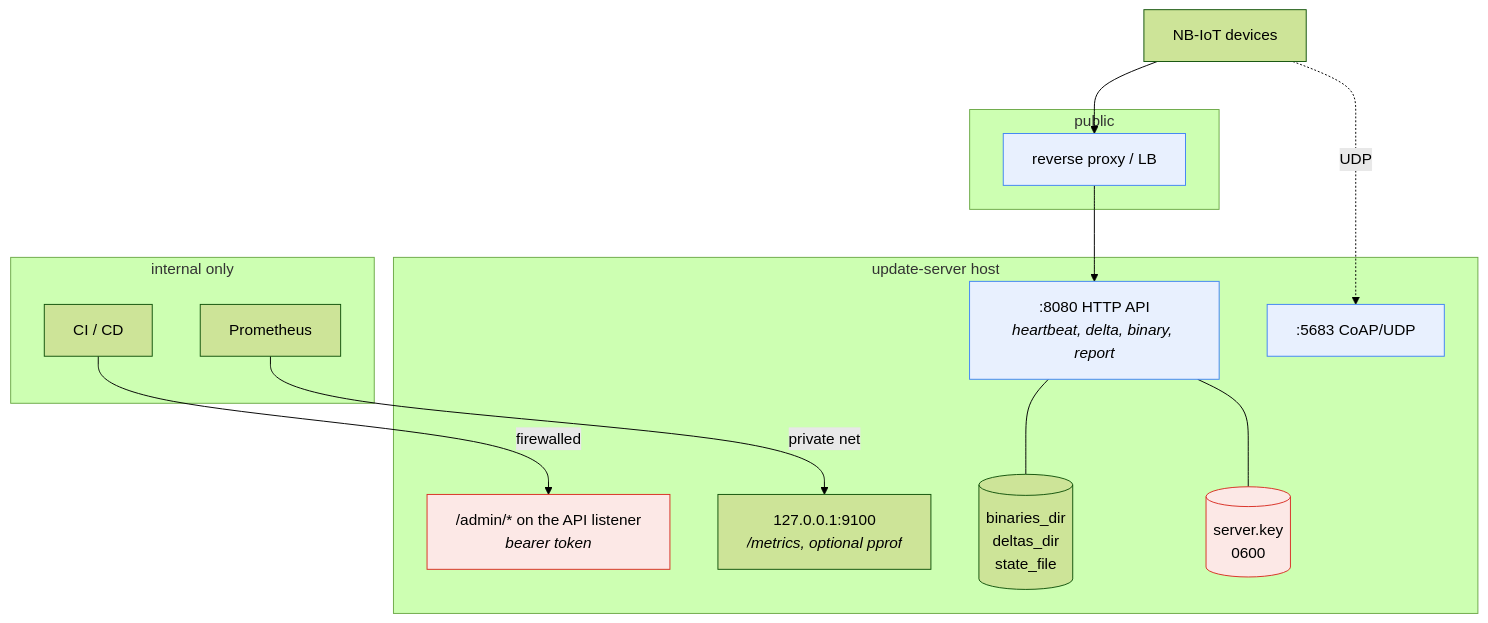
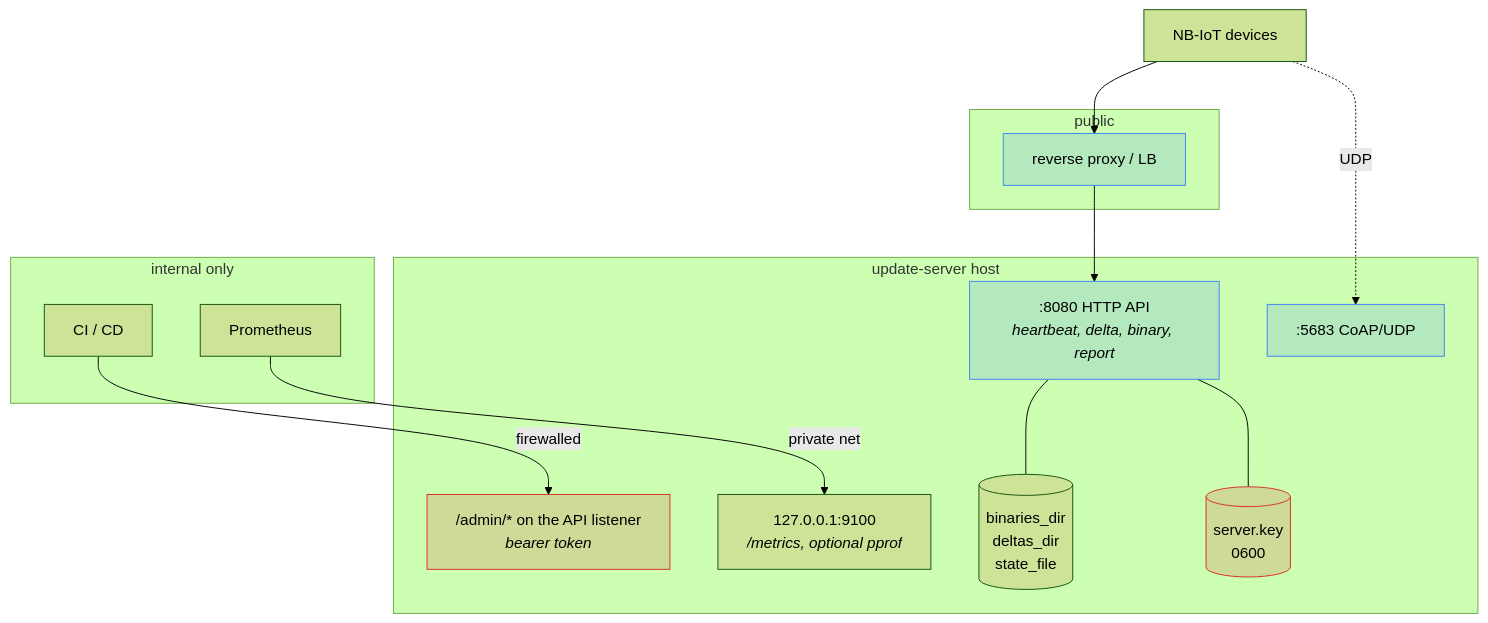
Before and after one commit to carlosprados/ota-updater: the first of 2 diagrams in site/content/operations/_index.md, drawn with Mermaid (forest theme). The commit also changed other lines of this file and 13 other files, not shown here.

First line of the commit message:
fix(docs): broken diagram, unreadable colours, duplicated H1, footer links

````diff
--- a/site/content/operations/_index.md
+++ b/site/content/operations/_index.md
@@ -11,32 +9,32 @@
 ```mermaid
 flowchart TB
     subgraph PUB["public"]
         LB["reverse proxy / LB"]
     end
 
     subgraph HOST["update-server host"]
         API[":8080 HTTP API<br/><i>heartbeat, delta, binary, report</i>"]
         COAP[":5683 CoAP/UDP"]
         ADMIN["/admin/* on the API listener<br/><i>bearer token</i>"]
         OBS["127.0.0.1:9100<br/><i>/metrics, optional pprof</i>"]
         FS[("binaries_dir<br/>deltas_dir<br/>state_file")]
         KEY[("server.key<br/>0600")]
     end
 
     subgraph INT["internal only"]
         CI["CI / CD"]
         PROM["Prometheus"]
     end
 
     DEV["NB-IoT devices"] --> LB --> API
     DEV -.->|"UDP"| COAP
     CI -->|"firewalled"| ADMIN
     PROM -->|"private net"| OBS
     API --- FS
     API --- KEY
 
-    classDef secret fill:#fce8e6,stroke:#d93025
-    classDef pub fill:#e8f0fe,stroke:#4285f4
+    classDef secret fill:#d930252e,stroke:#d93025
+    classDef pub fill:#4285f42e,stroke:#4285f4
     class KEY,ADMIN secret
     class LB,API,COAP pub
 ```
````
